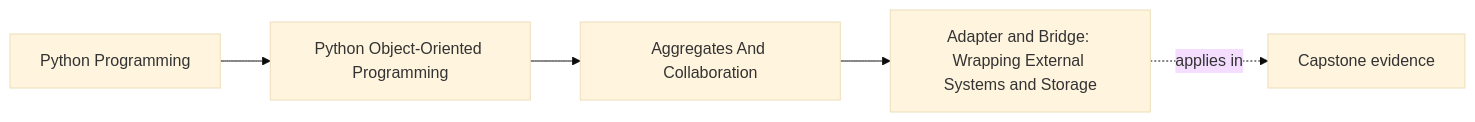
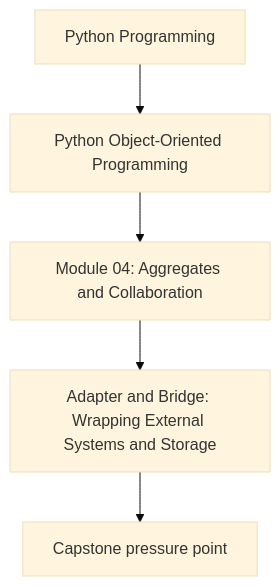
One commit to bijux/bijux-masterclass changed the first of 2 diagrams in programs/python-programming/python-object-oriented-programming/course-book/module-04-aggregates-and-collaboration/adapters-and-bridges.md. Above: the diagram before and after it, drawn with Mermaid (base theme). The commit also changed other lines of this file and 107 other files, not shown here.

Commit message:
docs(python-object-oriented-programming): align concept page diagrams

````diff
--- a/programs/python-programming/python-object-oriented-programming/course-book/module-04-aggregates-and-collaboration/adapters-and-bridges.md
+++ b/programs/python-programming/python-object-oriented-programming/course-book/module-04-aggregates-and-collaboration/adapters-and-bridges.md
@@ -7,11 +7,7 @@
 ```mermaid
-graph LR
-  family["Python Programming"]
-  program["Python Object-Oriented Programming"]
-  section["Aggregates And Collaboration"]
-  page["Adapter and Bridge: Wrapping External Systems and Storage"]
-  capstone["Capstone evidence"]
-
-  family --> program --> section --> page
-  page -.applies in.-> capstone
+flowchart TD
+  family["Python Programming"] --> program["Python Object-Oriented Programming"]
+  program --> module["Module 04: Aggregates and Collaboration"]
+  module --> concept["Adapter and Bridge: Wrapping External Systems and Storage"]
+  concept --> capstone["Capstone pressure point"]
 ```
````
